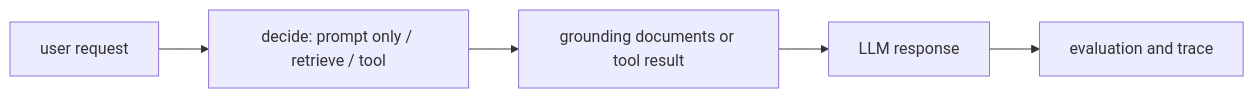
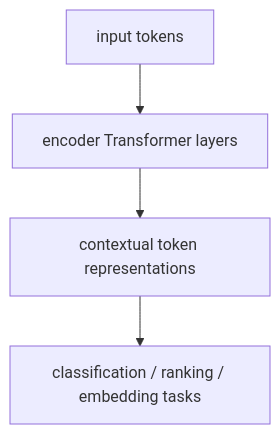
One commit to devchan64/AiBook changed the diagram in docs/parts/part-05/chapter-19/section-01.md. Above: the diagram before and after it, drawn with Mermaid. The commit also changed other lines of this file and 47 other files, not shown here.

````diff
--- a/docs/parts/part-05/chapter-19/section-01.md
+++ b/docs/parts/part-05/chapter-19/section-01.md
@@ -131,10 +146,9 @@
 ```mermaid
-flowchart LR
-  A["user request"]
-  B["decide: prompt only / retrieve / tool"]
-  C["grounding documents or tool result"]
-  D["LLM response"]
-  E["evaluation and trace"]
+flowchart TD
+  A["input tokens"]
+  B["encoder Transformer layers"]
+  C["contextual token representations"]
+  D["classification / ranking / embedding tasks"]
 
-  A --> B --> C --> D --> E
+  A --> B --> C --> D
 ```
````
